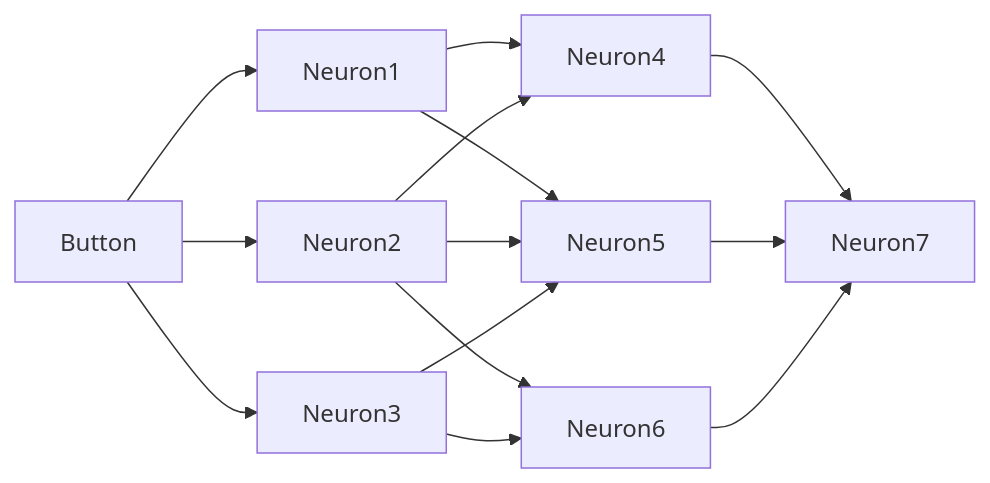
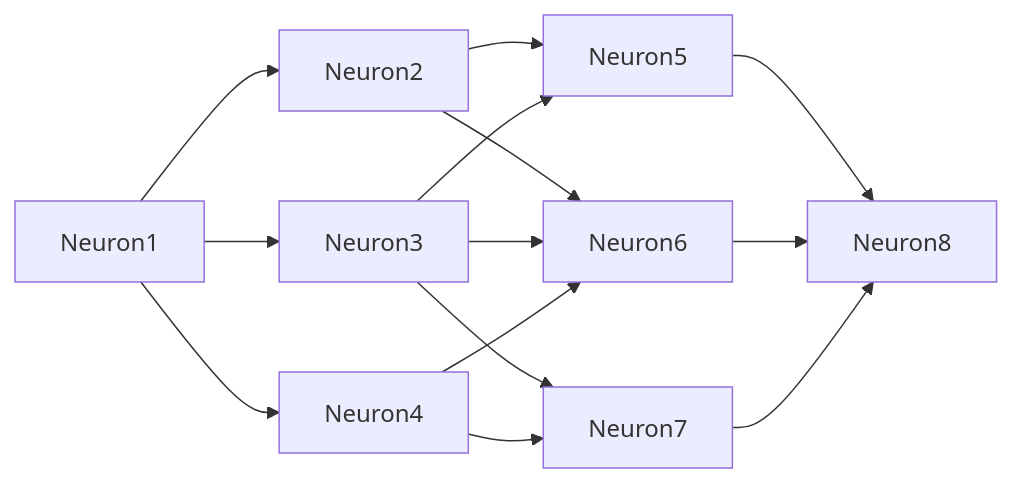
The diagram in README.md (Chris-Dussourd/Simple-Angular-Neural-Network), drawn with Mermaid before and after one commit. The commit also changed other lines of this file and 8 other files, not shown here.

````diff
--- a/README.md
+++ b/README.md
@@ -8,16 +9,16 @@
 ```mermaid
 graph LR;
-  Button-->Neuron1;
-  Button-->Neuron2;
-  Button-->Neuron3;
+  Neuron1-->Neuron2;
+  Neuron1-->Neuron3;
   Neuron1-->Neuron4;
-  Neuron1-->Neuron5;
-  Neuron2-->Neuron4;
   Neuron2-->Neuron5;
   Neuron2-->Neuron6;
   Neuron3-->Neuron5;
   Neuron3-->Neuron6;
+  Neuron3-->Neuron7;
+  Neuron4-->Neuron6;
   Neuron4-->Neuron7;
-  Neuron5-->Neuron7;
-  Neuron6-->Neuron7;
+  Neuron5-->Neuron8;
+  Neuron6-->Neuron8;
+  Neuron7-->Neuron8;
 ```
````
